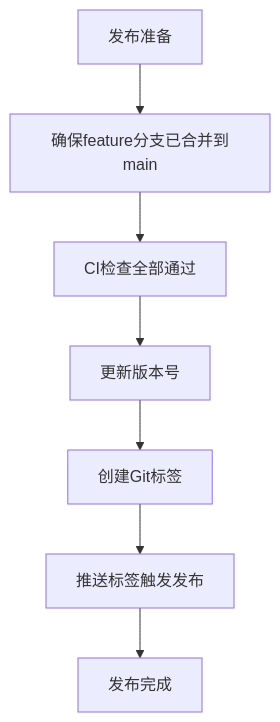
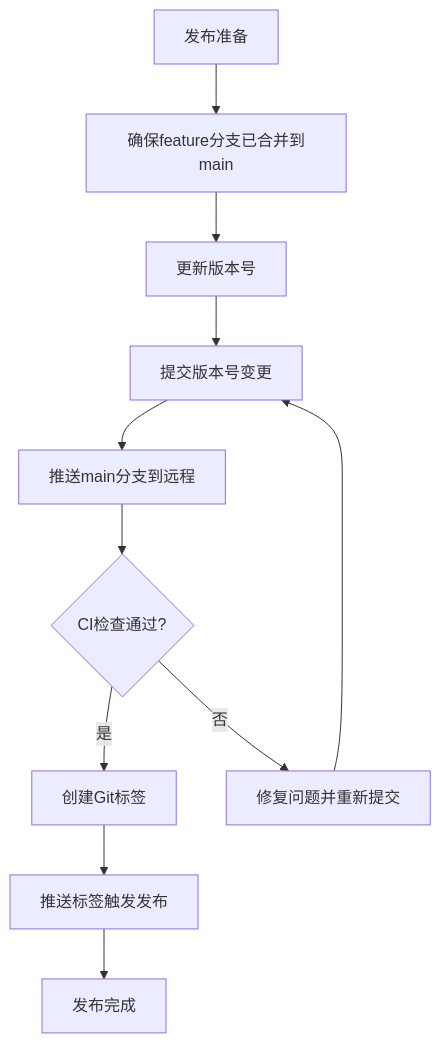
Before and after one commit to yecllsl/nanobot-runner: the fourth of 4 diagrams in docs/devops/分支管理与发布流程规范.md, drawn with Mermaid. The commit also changed other lines of this file and 4 other files, not shown here.

````diff
--- a/docs/devops/分支管理与发布流程规范.md
+++ b/docs/devops/分支管理与发布流程规范.md
@@ -117,9 +117,13 @@
 ```mermaid
 graph TD
     A[发布准备] --> B[确保feature分支已合并到main]
-    B --> C[CI检查全部通过]
-    C --> D[更新版本号]
-    D --> E[创建Git标签]
-    E --> F[推送标签触发发布]
-    F --> G[发布完成]
+    B --> C[更新版本号]
+    C --> D[提交版本号变更]
+    D --> E[推送main分支到远程]
+    E --> F{CI检查通过?}
+    F -->|是| G[创建Git标签]
+    F -->|否| H[修复问题并重新提交]
+    H --> D
+    G --> I[推送标签触发发布]
+    I --> J[发布完成]
 ```
````
